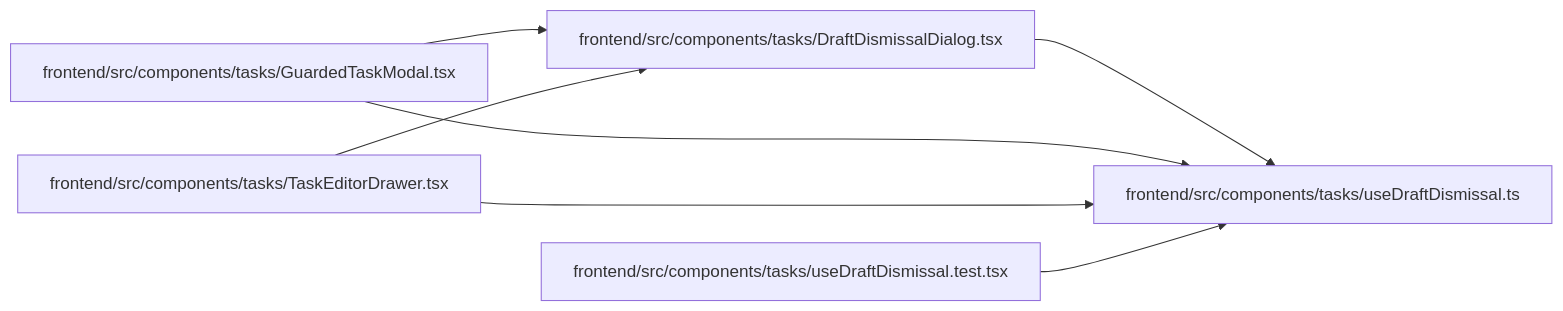
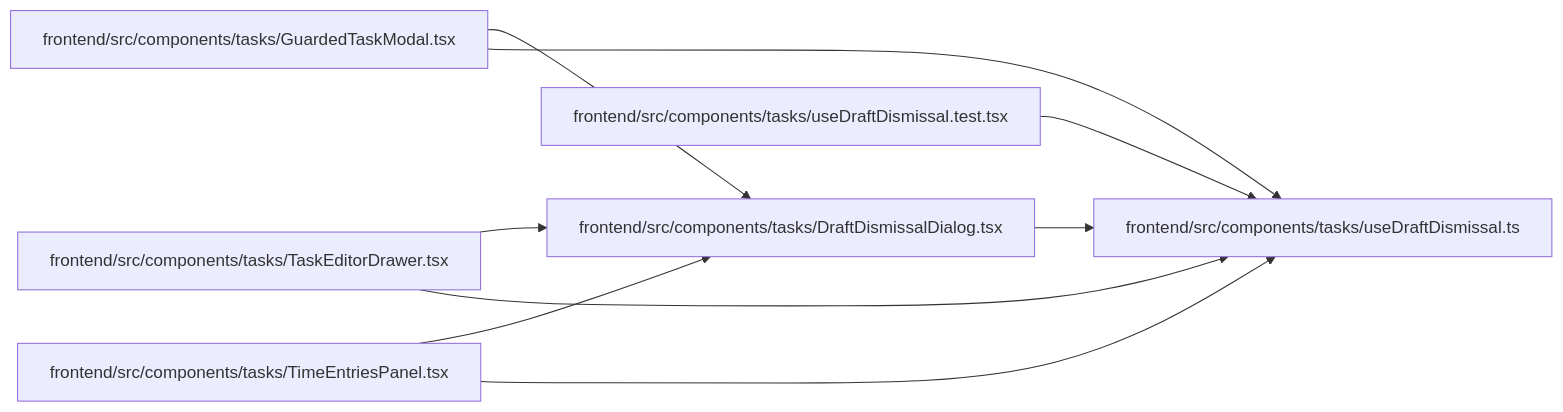
One commit to Denissvgn/WorkChord changed the diagram in docs/llm_wiki/modules/useDraftDismissal.md. Above: the diagram before and after it, drawn with Mermaid. The commit also changed other lines of this file and 2344 other files, not shown here.

````diff
--- a/docs/llm_wiki/modules/useDraftDismissal.md
+++ b/docs/llm_wiki/modules/useDraftDismissal.md
@@ -26,19 +26,23 @@
 ```mermaid
 flowchart LR
     n0["frontend/src/components/tasks/DraftDismissalDialog.tsx"]
     n1["frontend/src/components/tasks/GuardedTaskModal.tsx"]
     n2["frontend/src/components/tasks/TaskEditorDrawer.tsx"]
-    n3["frontend/src/components/tasks/useDraftDismissal.test.tsx"]
-    n4["frontend/src/components/tasks/useDraftDismissal.ts"]
-    n0 --> n4
+    n3["frontend/src/components/tasks/TimeEntriesPanel.tsx"]
+    n4["frontend/src/components/tasks/useDraftDismissal.test.tsx"]
+    n5["frontend/src/components/tasks/useDraftDismissal.ts"]
+    n0 --> n5
     n1 --> n0
-    n1 --> n4
+    n1 --> n5
     n2 --> n0
-    n2 --> n4
-    n3 --> n4
+    n2 --> n5
+    n3 --> n0
+    n3 --> n5
+    n4 --> n5
     click n0 "../modules/DraftDismissalDialog.md"
     click n1 "../modules/GuardedTaskModal.md"
     click n2 "../modules/TaskEditorDrawer.md"
-    click n3 "../modules/useDraftDismissal.test.md"
-    click n4 "../modules/useDraftDismissal.md"
+    click n3 "../modules/TimeEntriesPanel.md"
+    click n4 "../modules/useDraftDismissal.test.md"
+    click n5 "../modules/useDraftDismissal.md"
 ```
````
